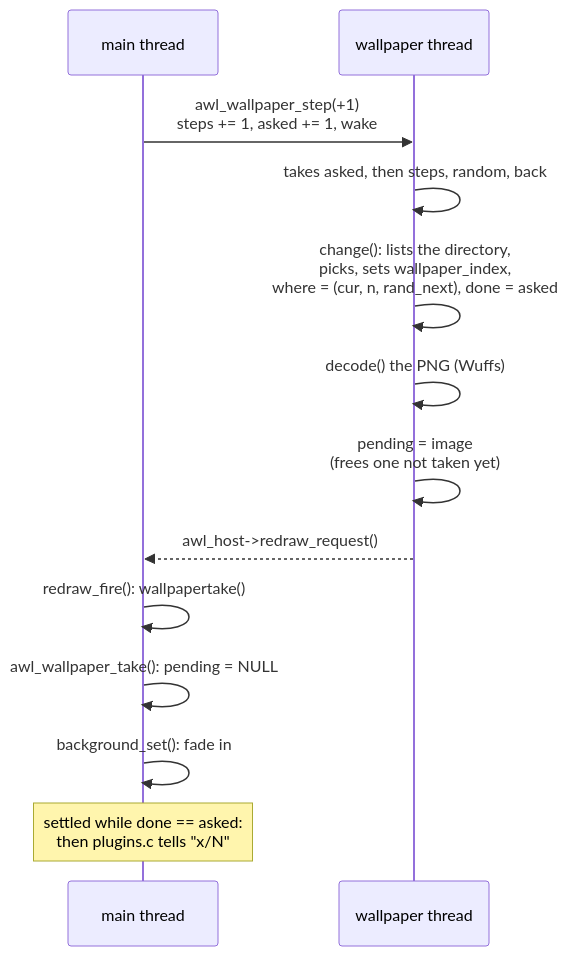
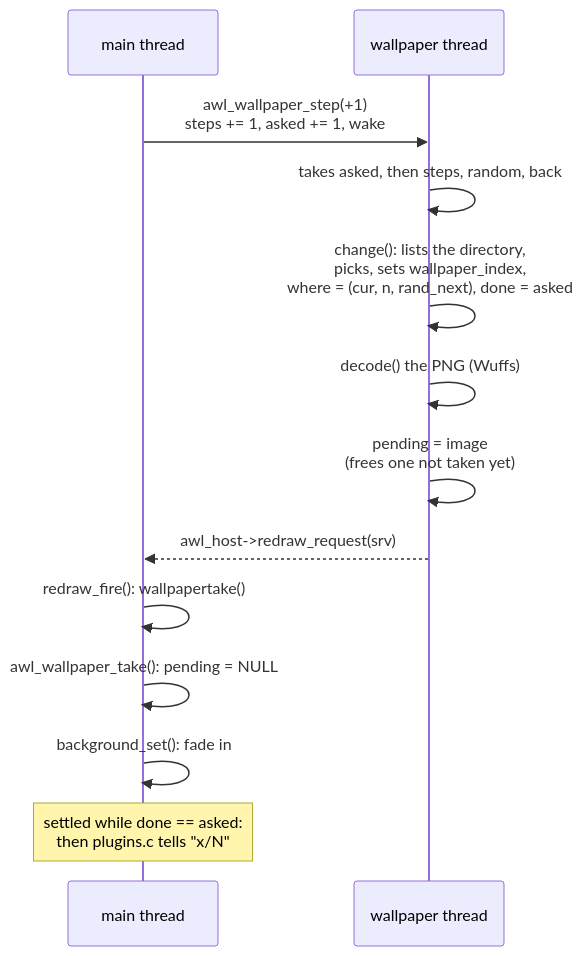
One commit to alcubierre-drive/awl changed the sixth of 8 diagrams in doc/threads.rst. Above: the diagram before and after it, drawn with Mermaid. The commit also changed other lines of this file and 60 other files, not shown here.

```diff
--- a/doc/threads.rst
+++ b/doc/threads.rst
@@ -284,15 +286,15 @@
 .. mermaid::
 
    sequenceDiagram
      participant M as main thread
      participant W as wallpaper thread
      M->>W: awl_wallpaper_step(+1)<br/>steps += 1, asked += 1, wake
      W->>W: takes asked, then steps, random, back
      W->>W: change(): lists the directory,<br/>picks, sets wallpaper_index,<br/>where = (cur, n, rand_next), done = asked
      W->>W: decode() the PNG (Wuffs)
      W->>W: pending = image<br/>(frees one not taken yet)
-     W-->>M: awl_host->redraw_request()
+     W-->>M: awl_host->redraw_request(srv)
      M->>M: redraw_fire(): wallpapertake()
      M->>M: awl_wallpaper_take(): pending = NULL
      M->>M: background_set(): fade in
      Note over M: settled while done == asked:<br/>then plugins.c tells "x/N"
```
